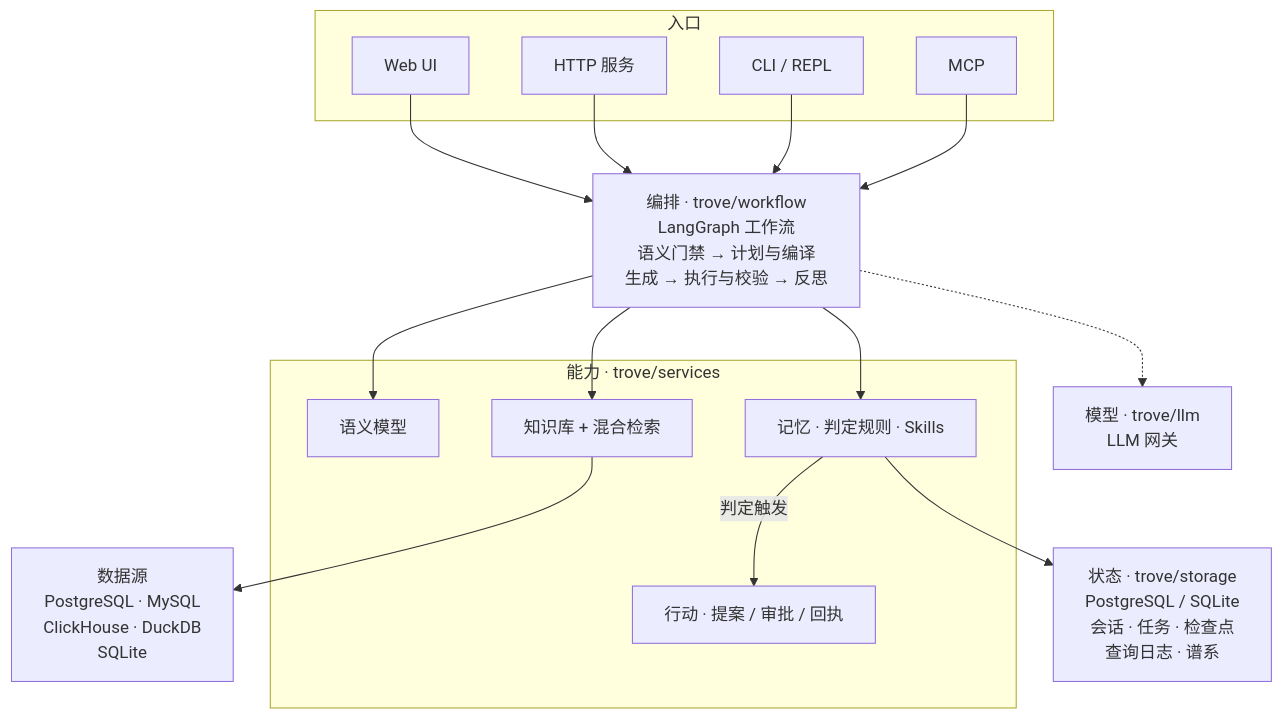
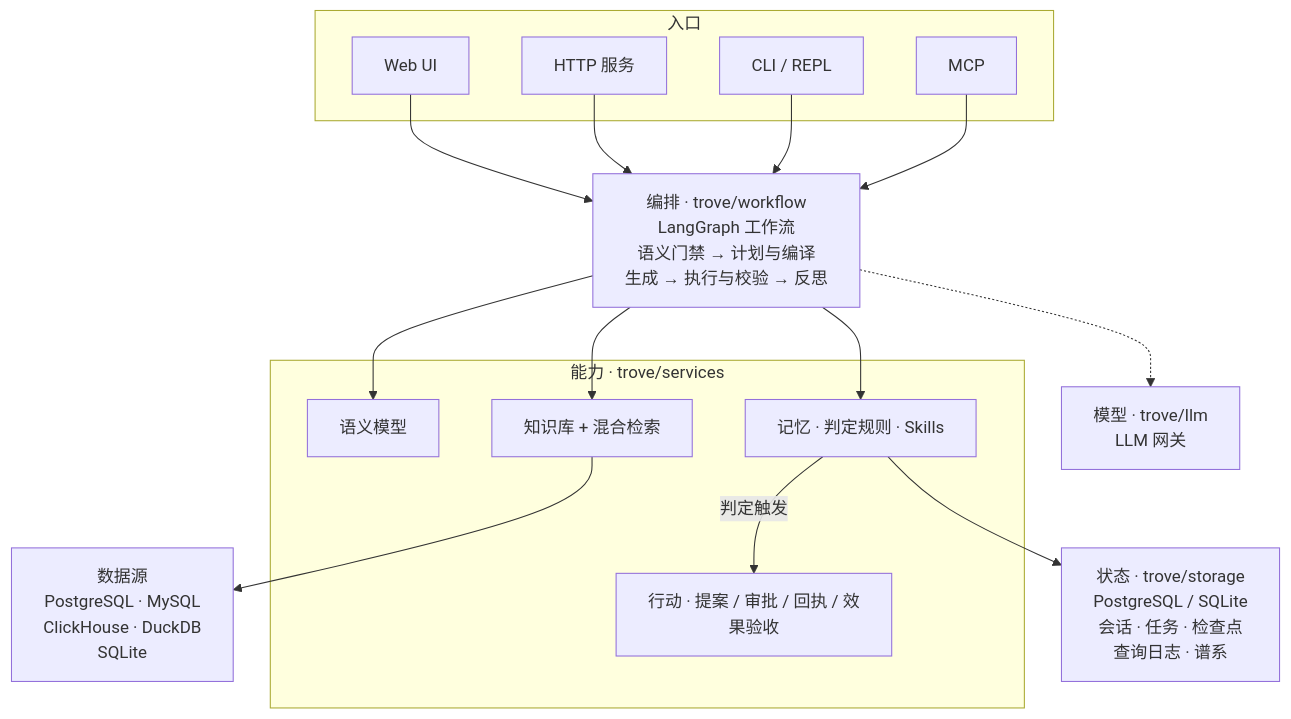
The first of 3 diagrams in README.md (Nivane/trove), drawn with Mermaid before and after one commit. The commit also changed other lines of this file and 21 other files, not shown here.

````diff
--- a/README.md
+++ b/README.md
@@ -43,34 +45,34 @@
 ```mermaid
 flowchart TB
     subgraph entry["入口"]
         UI["Web UI"]
         SRV["HTTP 服务"]
         CLI["CLI / REPL"]
         MCP["MCP"]
     end
 
     WF["编排 · trove/workflow<br/>LangGraph 工作流<br/>语义门禁 → 计划与编译<br/>生成 → 执行与校验 → 反思"]
 
     subgraph caps["能力 · trove/services"]
         SEM["语义模型"]
         KB["知识库 + 混合检索"]
         MEM["记忆 · 判定规则 · Skills"]
-        ACT["行动 · 提案 / 审批 / 回执"]
+        ACT["行动 · 提案 / 审批 / 回执 / 效果验收"]
     end
 
     LLM["模型 · trove/llm<br/>LLM 网关"]
     DS["数据源<br/>PostgreSQL · MySQL<br/>ClickHouse · DuckDB<br/>SQLite"]
     STATE["状态 · trove/storage<br/>PostgreSQL / SQLite<br/>会话 · 任务 · 检查点<br/>查询日志 · 谱系"]
 
     UI --> WF
     SRV --> WF
     CLI --> WF
     MCP --> WF
     WF --> SEM
     WF --> KB
     WF --> MEM
     MEM -->|"判定触发"| ACT
     WF -.-> LLM
     KB --> DS
     MEM --> STATE
 ```
````
